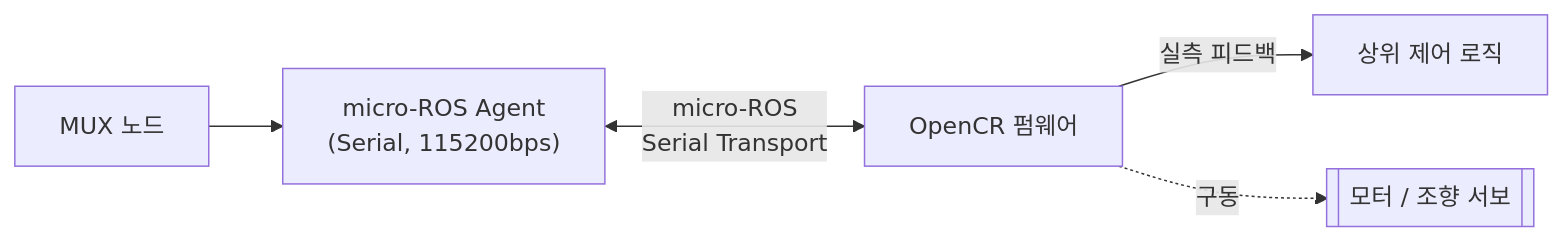
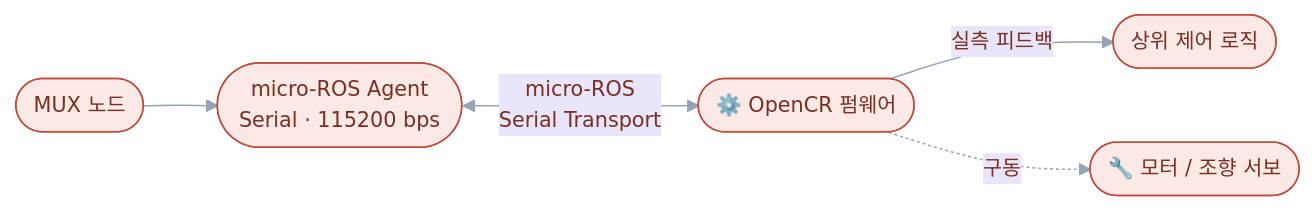
One commit to GeonHoong/1_10-autonomous-race changed the third of 4 diagrams in README.md. Above: the diagram before and after it, drawn with Mermaid. The commit also changed other lines of this file, not shown here.

Commit message:
Restyle mermaid diagrams: rounded/colored nodes instead of flat gray boxes, add banner

````diff
--- a/README.md
+++ b/README.md
@@ -71,7 +91,11 @@
 ```mermaid
+%%{init: {'theme':'base', 'themeVariables': {
+  'primaryColor':'#fbe9e6','primaryBorderColor':'#c14a3c','primaryTextColor':'#7a2e24',
+  'lineColor':'#94a3b8','fontFamily':'Pretendard, -apple-system, Segoe UI, sans-serif','fontSize':'14px'
+}}}%%
 flowchart LR
-    MUX["MUX 노드"] --> AGENT["micro-ROS Agent\n(Serial, 115200bps)"]
-    AGENT <-- "micro-ROS\nSerial Transport" --> OPENCR["OpenCR 펌웨어"]
-    OPENCR -- "실측 피드백" --> PP["상위 제어 로직"]
-    OPENCR -.구동.-> MOTOR[["모터 / 조향 서보"]]
+    MUX(["MUX 노드"]) --> AGENT(["micro-ROS Agent<br/>Serial · 115200 bps"])
+    AGENT <-- "micro-ROS<br/>Serial Transport" --> OPENCR(["⚙️ OpenCR 펌웨어"])
+    OPENCR -- "실측 피드백" --> PP(["상위 제어 로직"])
+    OPENCR -. "구동" .-> MOTOR(["🔧 모터 / 조향 서보"])
 ```
````
